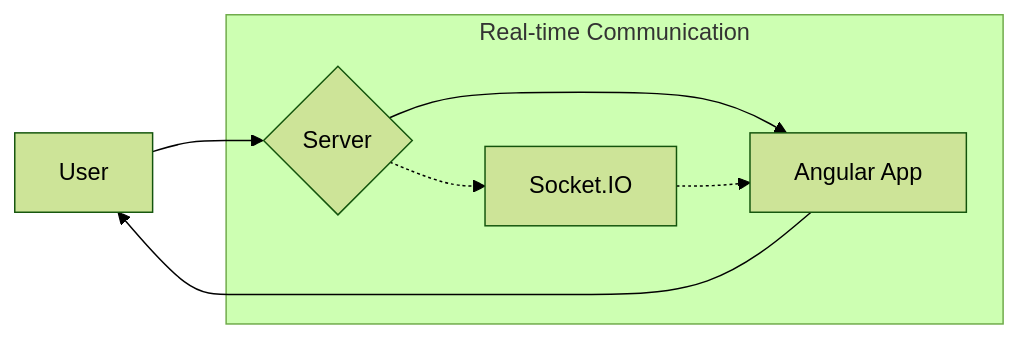
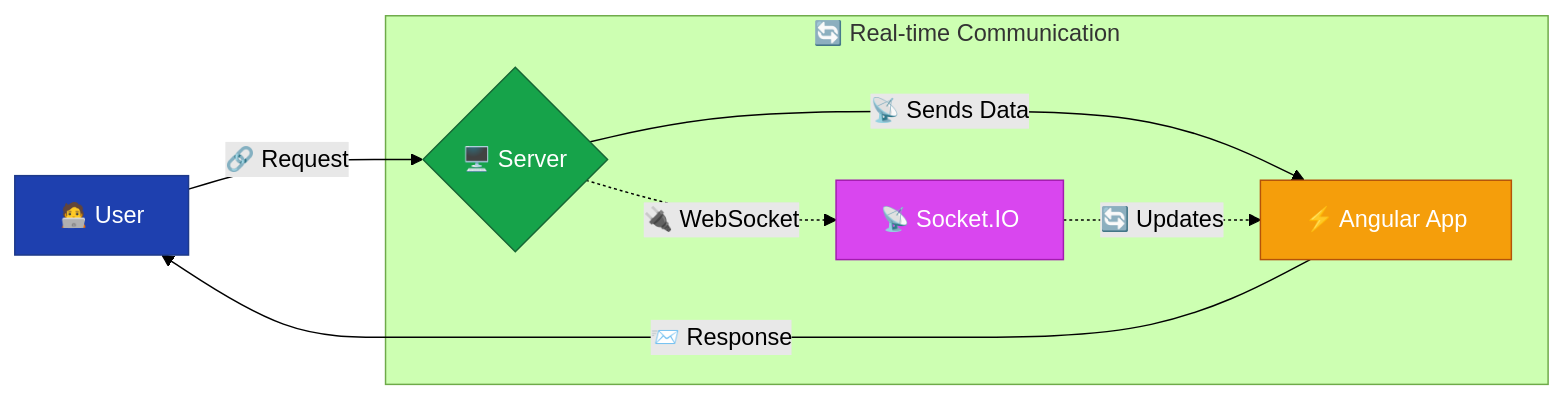
Before and after one commit to infoyouth/infoyouth.github.io: the first of 3 diagrams in _posts/2025-02-09-12.-real-time-features-in-angular.md, drawn with Mermaid (forest theme). The commit also changed other lines of this file, not shown here.

````diff
--- a/_posts/2025-02-09-12.-real-time-features-in-angular.md
+++ b/_posts/2025-02-09-12.-real-time-features-in-angular.md
@@ -59,10 +59,17 @@
 ```mermaid
 graph LR
-    A[User] --> B{Server};
-    B --> C[Angular App];
-    C --> A;
-    subgraph "Real-time Communication"
-        B -.-> D[Socket.IO];
-        D -.-> C;
+    A["🧑‍💻 User"] -->|🔗 Request| B{"🖥️ Server"};
+    B -->|📡 Sends Data| C["⚡ Angular App"];
+    C -->|📨 Response| A;
+
+    subgraph "🔄 Real-time Communication"
+        B -.->|🔌 WebSocket| D["📡 Socket.IO"];
+        D -.->|🔄 Updates| C;
     end
+
+    style A fill:#1e40af,stroke:#1e3a8a,color:#ffffff
+    style B fill:#16a34a,stroke:#166534,color:#ffffff
+    style C fill:#f59e0b,stroke:#b45309,color:#ffffff
+    style D fill:#d946ef,stroke:#a21caf,color:#ffffff
+
 ```
````
